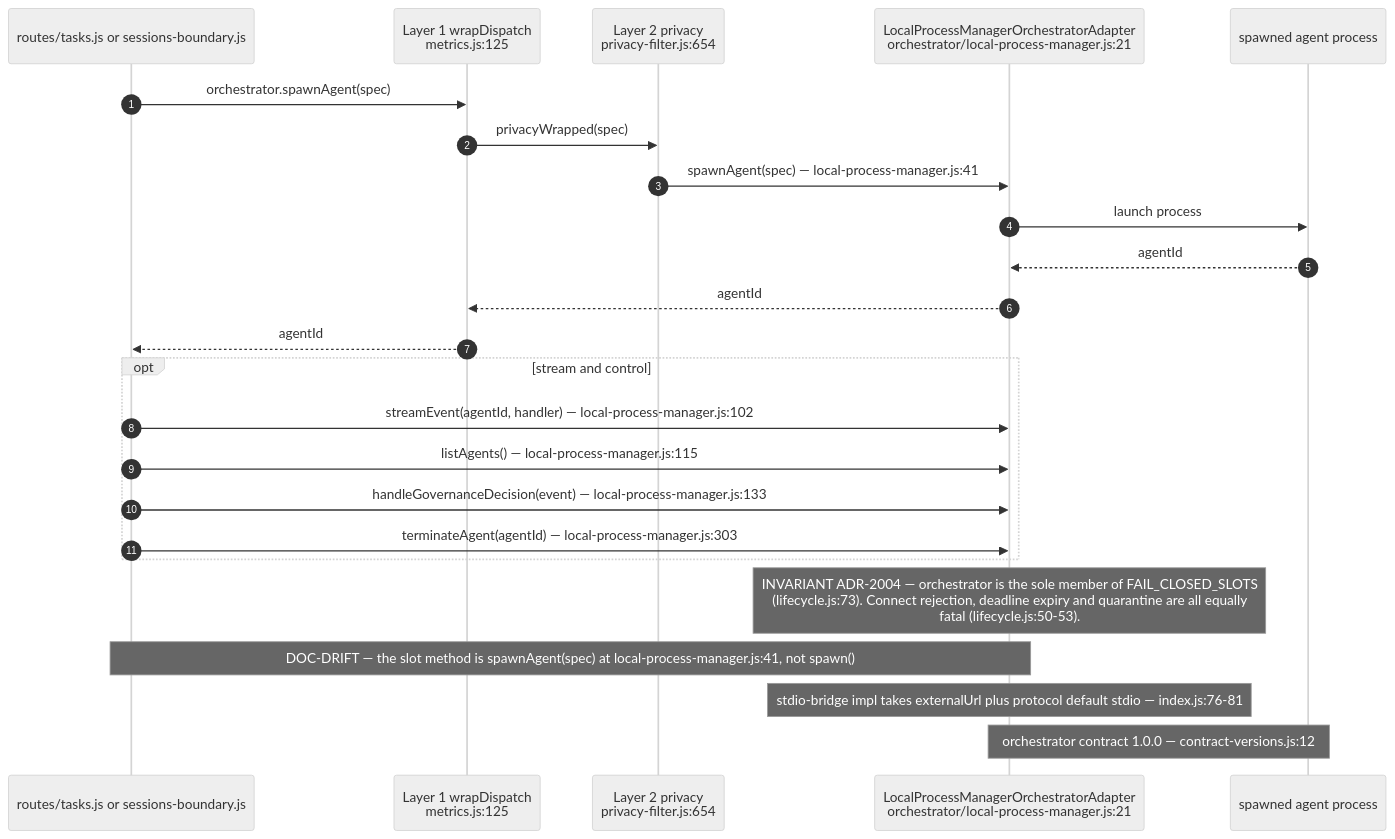
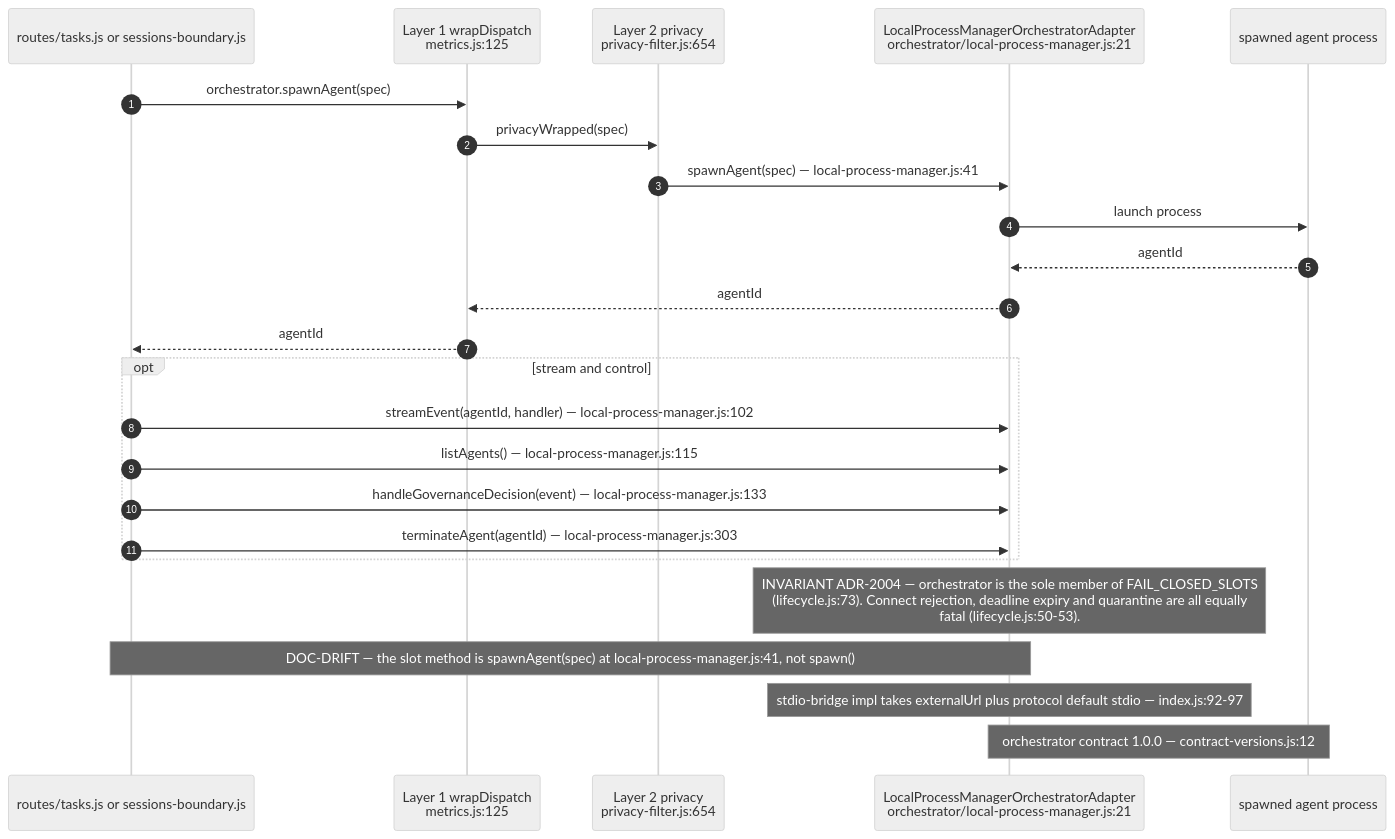
One commit to DreamLab-AI/AR-AI-Knowledge-Graph changed diagram 13 of 16 in docs/diagrams/agentbox/04-adapter-spine.md. Above: the diagram before and after it, drawn with Mermaid (neutral theme). The commit also changed other lines of this file and 73 other files, not shown here.

First line of the commit message:
docs(diagrams): re-verify all 71 topic files against HEAD; add --cite-check

````diff
--- a/docs/diagrams/agentbox/04-adapter-spine.md
+++ b/docs/diagrams/agentbox/04-adapter-spine.md
@@ -524,27 +531,27 @@
 ```mermaid
 sequenceDiagram
     autonumber
     participant R as routes/tasks.js or sessions-boundary.js
     participant L1 as Layer 1 wrapDispatch<br/>metrics.js:125
     participant L2 as Layer 2 privacy<br/>privacy-filter.js:654
     participant OA as LocalProcessManagerOrchestratorAdapter<br/>orchestrator/local-process-manager.js:21
     participant P as spawned agent process
 
     R->>L1: orchestrator.spawnAgent(spec)
     L1->>L2: privacyWrapped(spec)
     L2->>OA: spawnAgent(spec) — local-process-manager.js:41
     OA->>P: launch process
     P-->>OA: agentId
     OA-->>L1: agentId
     L1-->>R: agentId
     opt stream and control
         R->>OA: streamEvent(agentId, handler) — local-process-manager.js:102
         R->>OA: listAgents() — local-process-manager.js:115
         R->>OA: handleGovernanceDecision(event) — local-process-manager.js:133
         R->>OA: terminateAgent(agentId) — local-process-manager.js:303
     end
     Note over OA: INVARIANT ADR-2004 — orchestrator is the sole member of FAIL_CLOSED_SLOTS<br/>(lifecycle.js:73). Connect rejection, deadline expiry and quarantine are all equally<br/>fatal (lifecycle.js:50-53).
     Note over R,OA: DOC-DRIFT — the slot method is spawnAgent(spec) at local-process-manager.js:41, not spawn()
-    Note over OA: stdio-bridge impl takes externalUrl plus protocol default stdio — index.js:76-81
+    Note over OA: stdio-bridge impl takes externalUrl plus protocol default stdio — index.js:92-97
     Note over OA,P: orchestrator contract 1.0.0 — contract-versions.js:12
 ```
````
